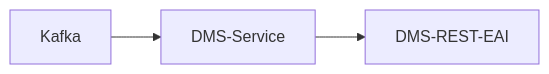
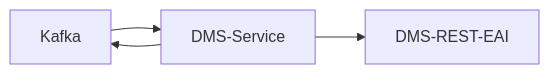
Before and after one commit to it-at-m/swim: the diagram in dms-service/README.md, drawn with Mermaid. The commit also changed other lines of this file and 1 other file, not shown here.

Commit message:
:memo: dms-service update README

````diff
--- a/dms-service/README.md
+++ b/dms-service/README.md
@@ -7,5 +7,6 @@
 ```mermaid
 flowchart LR
     Kafka --> DMS-Service
     DMS-Service --> DMS-REST-EAI
+    DMS-Service --> Kafka
 ```
````
